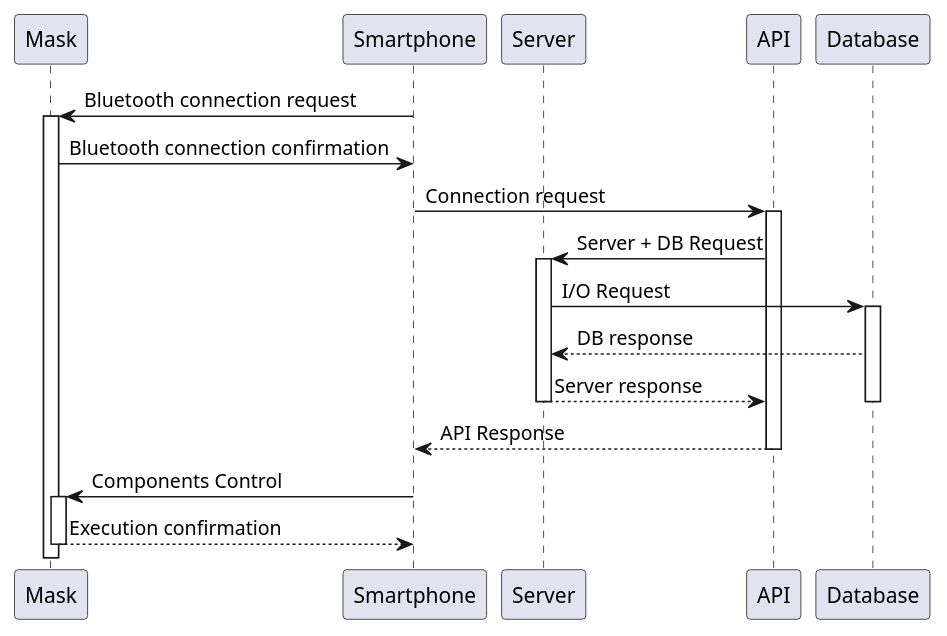
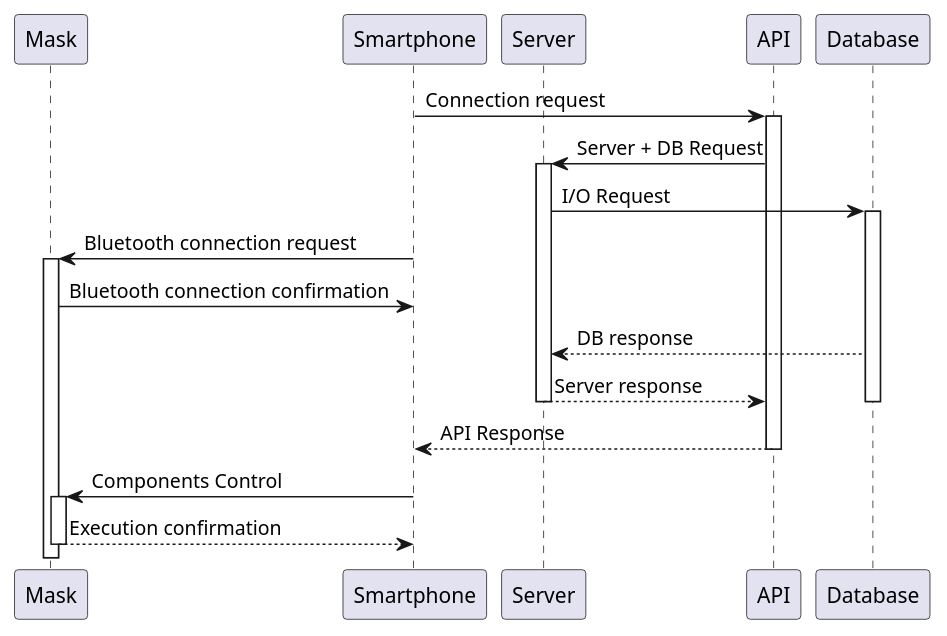
One commit to MaskUp-Org/Models changed the diagram in sequence/maskup_general.puml. Above: the diagram before and after it, drawn with PlantUML. The commit also changed 2 other files, not shown here.

Commit message:
added mask embedded class diagram

```diff
--- a/sequence/maskup_general.puml
+++ b/sequence/maskup_general.puml
@@ -1,27 +1,28 @@
 @startuml maskup_general
 participant Mask
 participant Smartphone
 participant Server
 participant API
 participant "Database" as DB
 
-Smartphone -> Mask: Bluetooth connection request
-activate Mask
-Mask -> Smartphone: Bluetooth connection confirmation
+
 Smartphone -> API: Connection request
 activate API
 API -> Server: Server + DB Request
 activate Server
 Server -> DB: I/O Request
 activate DB
+Smartphone -> Mask: Bluetooth connection request
+activate Mask
+Mask -> Smartphone: Bluetooth connection confirmation
 DB --> Server: DB response
 Server --> API: Server response
 deactivate DB
 deactivate Server
 API --> Smartphone: API Response
 deactivate API
 Smartphone -> Mask: Components Control
 activate Mask
 Mask --> Smartphone: Execution confirmation
 deactivate Mask
 @enduml
```
